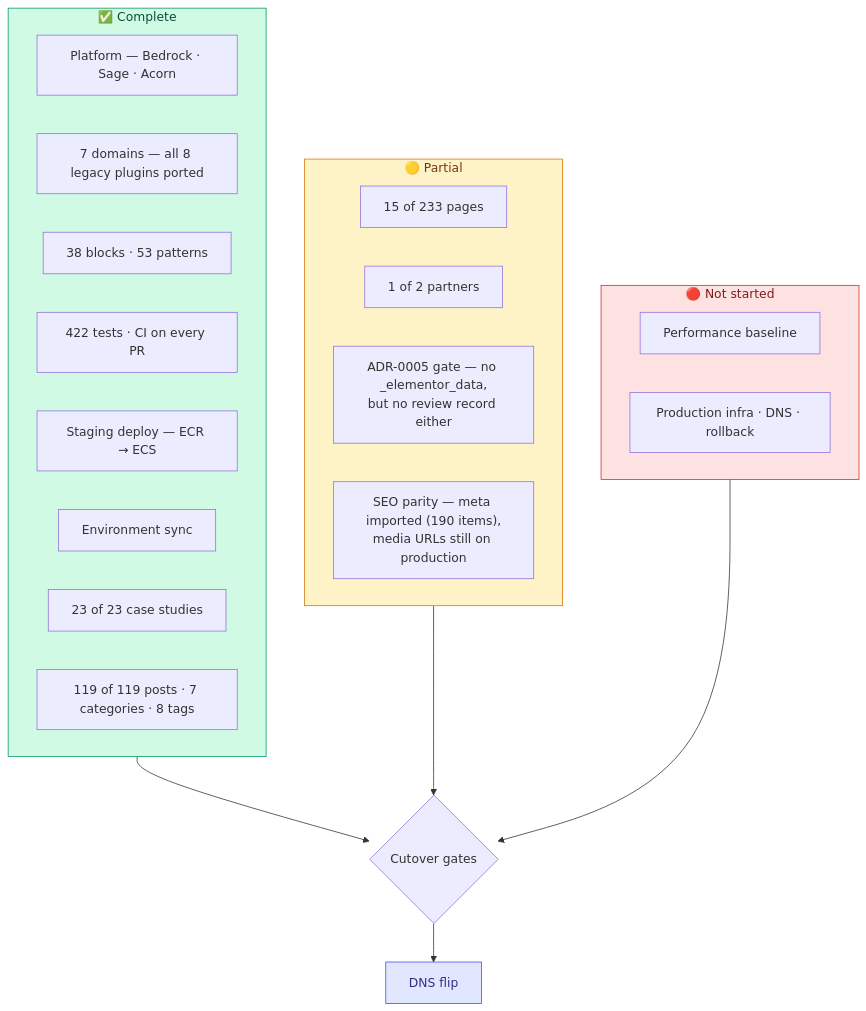
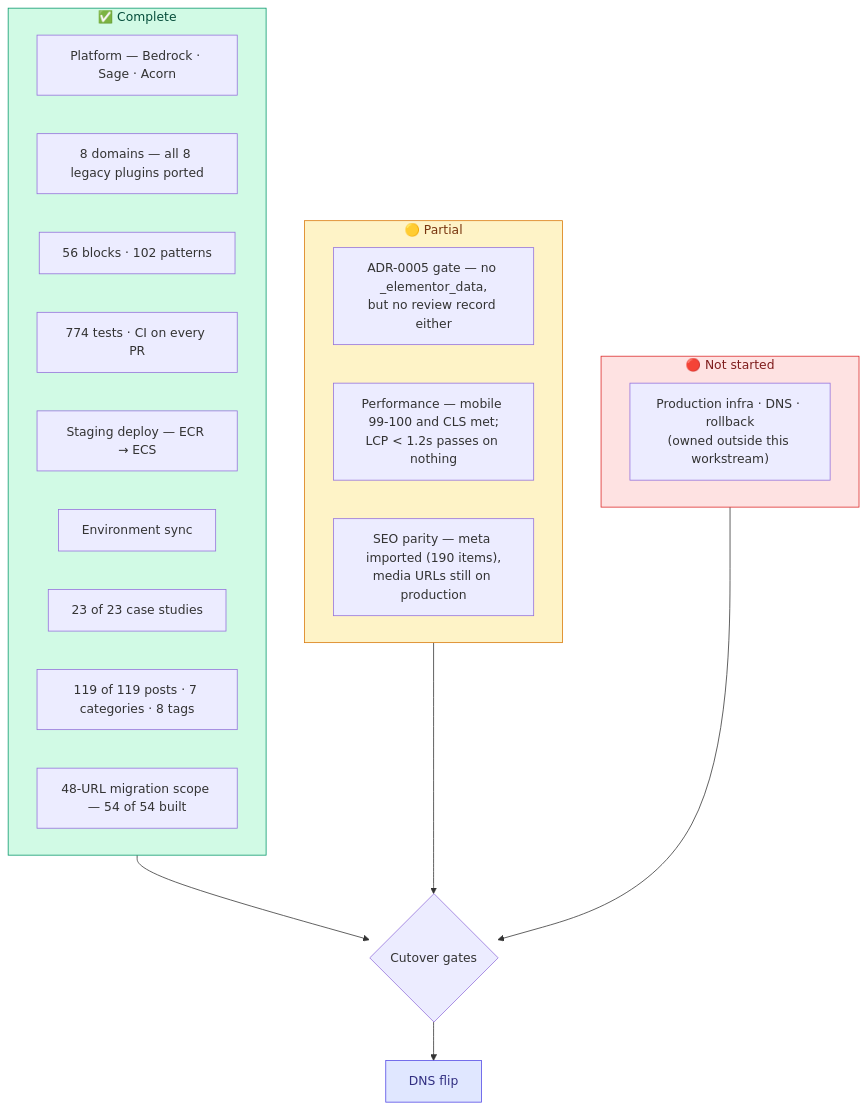
Before and after one commit to Remote-Leverage/remote-leverage-website-modernization: the diagram in web/app/themes/remote-leverage/docs/production-cutover.md, drawn with Mermaid. The commit also changed other lines of this file and 14 other files, not shown here.

````diff
--- a/web/app/themes/remote-leverage/docs/production-cutover.md
+++ b/web/app/themes/remote-leverage/docs/production-cutover.md
@@ -31,35 +31,34 @@
 ```mermaid
 flowchart TB
     subgraph DONE["✅ Complete"]
         A1["Platform — Bedrock · Sage · Acorn"]
-        A2["7 domains — all 8 legacy plugins ported"]
-        A3["38 blocks · 53 patterns"]
-        A4["422 tests · CI on every PR"]
+        A2["8 domains — all 8 legacy plugins ported"]
+        A3["56 blocks · 102 patterns"]
+        A4["774 tests · CI on every PR"]
         A5["Staging deploy — ECR → ECS"]
         A6["Environment sync"]
         A7["23 of 23 case studies"]
         A8["119 of 119 posts · 7 categories · 8 tags"]
+        A9["48-URL migration scope — 54 of 54 built"]
     end
 
     subgraph PART["🟡 Partial"]
-        B1["15 of 233 pages"]
-        B2["1 of 2 partners"]
         B3["ADR-0005 gate — no _elementor_data,<br/>but no review record either"]
+        B5["Performance — mobile 99-100 and CLS met;<br/>LCP &lt; 1.2s passes on nothing"]
         B4["SEO parity — meta imported (190 items),<br/>media URLs still on production"]
     end
 
     subgraph BLOCKED["🔴 Not started"]
-        C5["Performance baseline"]
-        C6["Production infra · DNS · rollback"]
+        C6["Production infra · DNS · rollback<br/>(owned outside this workstream)"]
     end
 
     DONE --> GATE{"Cutover gates"}
     PART --> GATE
     BLOCKED --> GATE
     GATE --> LAUNCH["DNS flip"]
 
     style DONE fill:#d1fae5,stroke:#059669,color:#064e3b
     style PART fill:#fef3c7,stroke:#d97706,color:#78350f
     style BLOCKED fill:#fee2e2,stroke:#dc2626,color:#7f1d1d
     style LAUNCH fill:#e0e7ff,stroke:#4f46e5,color:#312e81
 ```
````
